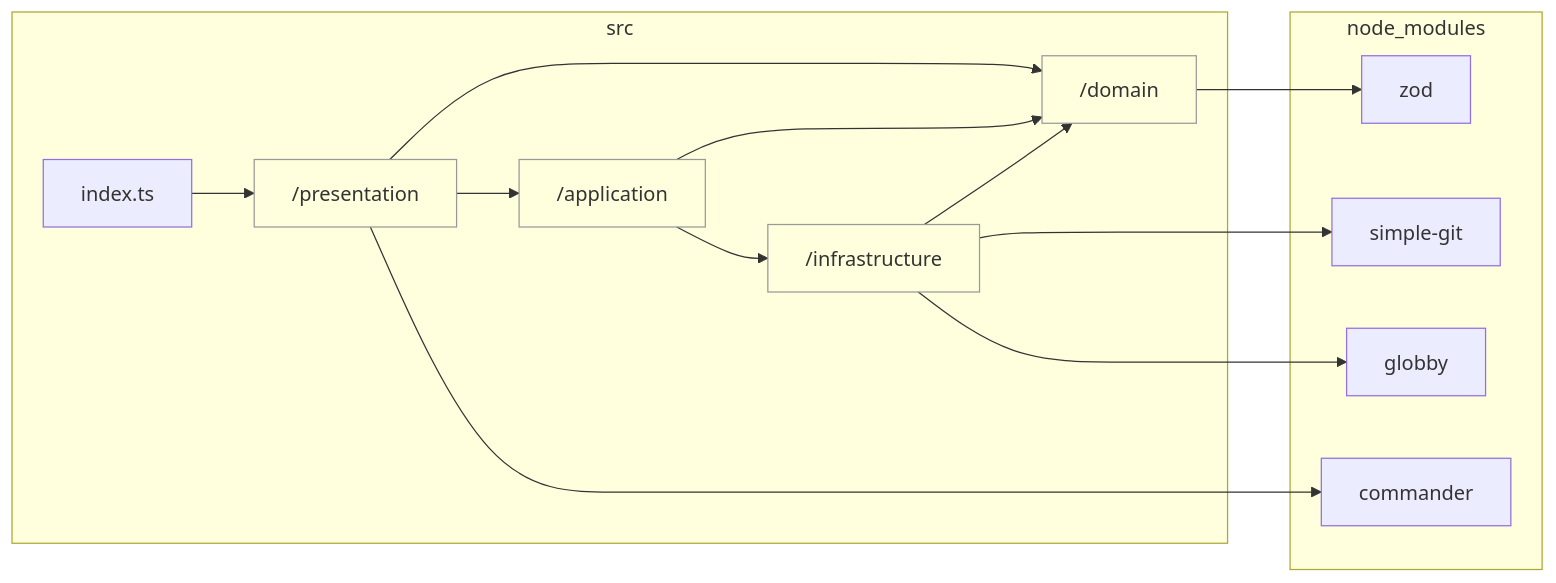
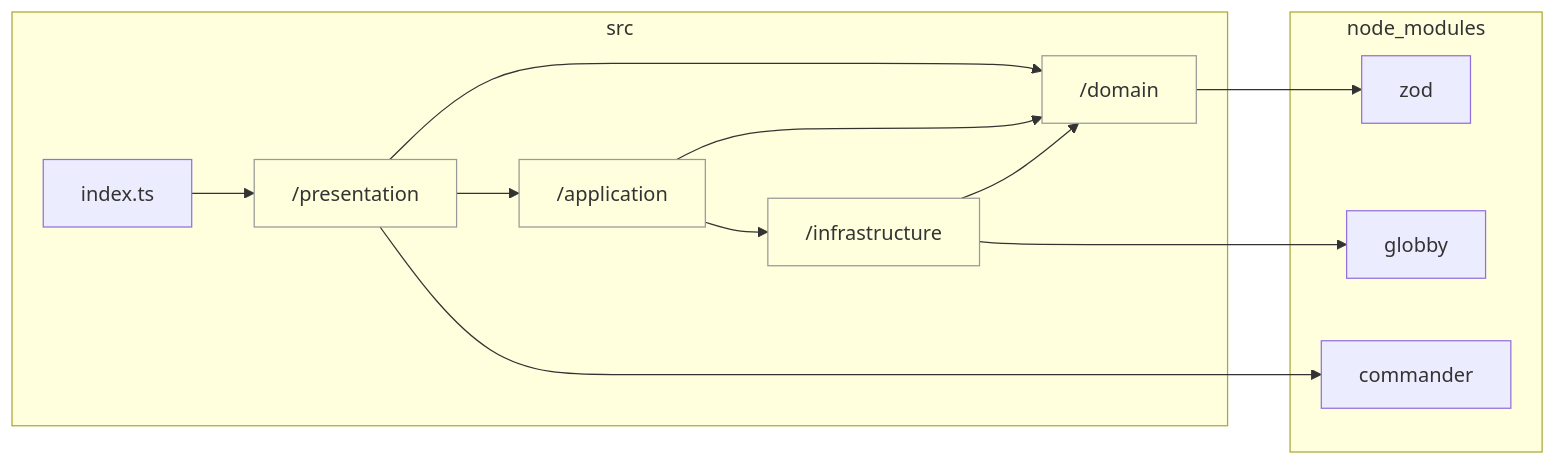
Before and after one commit to sugurutakahashi-1234/readme-i18n-sentinel: the diagram in docs/reports/dependencies/layers.md, drawn with Mermaid. The commit also changed 22 other files, not shown here.

````diff
--- a/docs/reports/dependencies/layers.md
+++ b/docs/reports/dependencies/layers.md
@@ -7,27 +7,25 @@
 ```mermaid
 flowchart LR
     classDef dir fill:#0000,stroke:#999
     subgraph src["src"]
         src/domain["/domain"]:::dir
         src/infrastructure["/infrastructure"]:::dir
         src/application["/application"]:::dir
         src/presentation["/presentation"]:::dir
         src/index.ts["index.ts"]
     end
     subgraph node//modules["node_modules"]
         node//modules/zod/index.d.cts["zod"]
-        node//modules/simple//git/dist/typings/index.d.ts["simple-git"]
         node//modules/globby/index.d.ts["globby"]
         node//modules/commander/typings/index.d.ts["commander"]
     end
     src/domain-->node//modules/zod/index.d.cts
-    src/infrastructure-->node//modules/simple//git/dist/typings/index.d.ts
+    src/infrastructure-->node//modules/globby/index.d.ts
     src/infrastructure-->src/domain
-    src/infrastructure-->node//modules/globby/index.d.ts
     src/application-->src/domain
     src/application-->src/infrastructure
     src/presentation-->node//modules/commander/typings/index.d.ts
     src/presentation-->src/application
     src/presentation-->src/domain
     src/index.ts-->src/presentation
 ```
````
